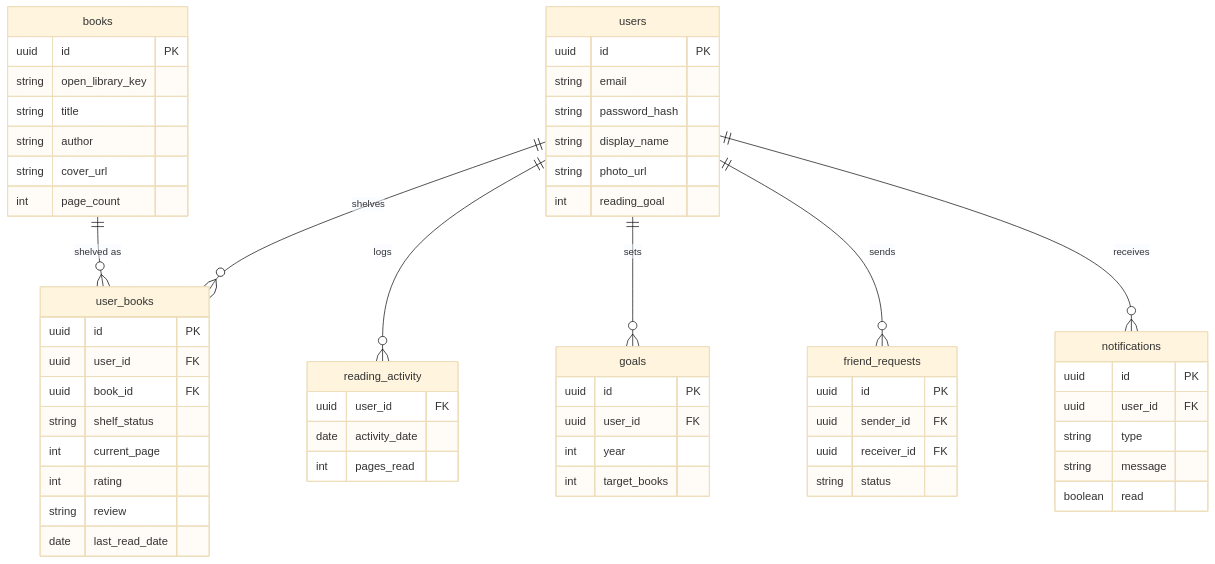
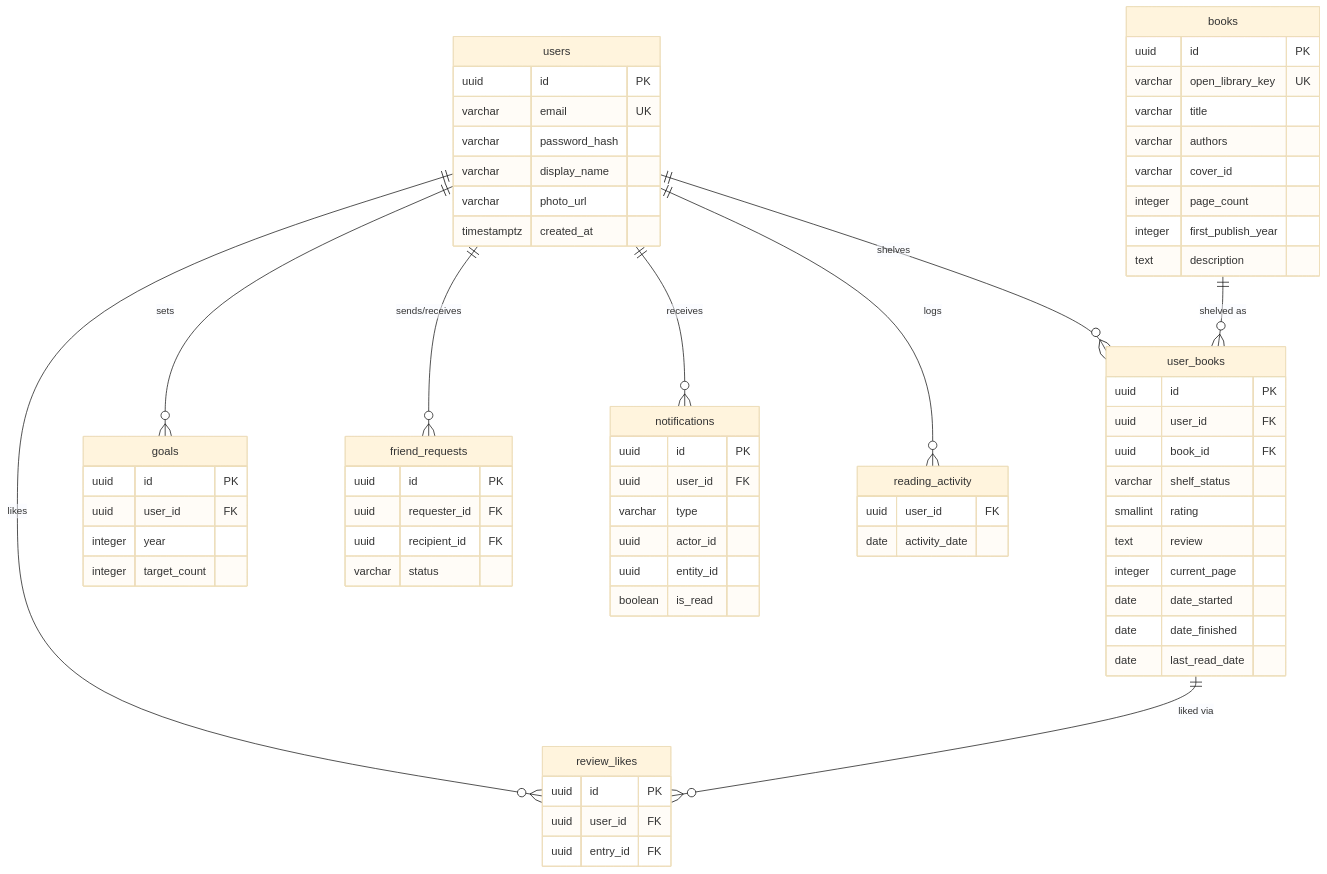
The second of 2 diagrams in README.md (KatlegoNgobeni/booktracker), drawn with Mermaid (base theme) before and after one commit. The commit also changed 3 other files, not shown here.

First line of the commit message:
chore: add vitest to CI, fix README ER diagram

````diff
--- a/README.md
+++ b/README.md
@@ -89,60 +89,71 @@
 ```mermaid
 erDiagram
     users {
         uuid id PK
-        string email
-        string password_hash
-        string display_name
-        string photo_url
-        int reading_goal
+        varchar email UK
+        varchar password_hash
+        varchar display_name
+        varchar photo_url
+        timestamptz created_at
     }
     books {
         uuid id PK
-        string open_library_key
-        string title
-        string author
-        string cover_url
-        int page_count
+        varchar open_library_key UK
+        varchar title
+        varchar authors
+        varchar cover_id
+        integer page_count
+        integer first_publish_year
+        text description
     }
     user_books {
         uuid id PK
         uuid user_id FK
         uuid book_id FK
-        string shelf_status
-        int current_page
-        int rating
-        string review
+        varchar shelf_status
+        smallint rating
+        text review
+        integer current_page
+        date date_started
+        date date_finished
         date last_read_date
+    }
+    goals {
+        uuid id PK
+        uuid user_id FK
+        integer year
+        integer target_count
+    }
+    friend_requests {
+        uuid id PK
+        uuid requester_id FK
+        uuid recipient_id FK
+        varchar status
+    }
+    review_likes {
+        uuid id PK
+        uuid user_id FK
+        uuid entry_id FK
+    }
+    notifications {
+        uuid id PK
+        uuid user_id FK
+        varchar type
+        uuid actor_id
+        uuid entity_id
+        boolean is_read
     }
     reading_activity {
         uuid user_id FK
         date activity_date
-        int pages_read
-    }
-    goals {
-        uuid id PK
-        uuid user_id FK
-        int year
-        int target_books
-    }
-    friend_requests {
-        uuid id PK
-        uuid sender_id FK
-        uuid receiver_id FK
-        string status
-    }
-    notifications {
-        uuid id PK
-        uuid user_id FK
-        string type
-        string message
-        boolean read
     }
 
     users ||--o{ user_books : "shelves"
     books ||--o{ user_books : "shelved as"
+    users ||--o{ goals : "sets"
+    users ||--o{ friend_requests : "sends/receives"
+    users ||--o{ review_likes : "likes"
+    user_books ||--o{ review_likes : "liked via"
+    users ||--o{ notifications : "receives"
     users ||--o{ reading_activity : "logs"
-    users ||--o{ goals : "sets"
-    users ||--o{ friend_requests : "sends"
-    users ||--o{ notifications : "receives"
 ```
````
